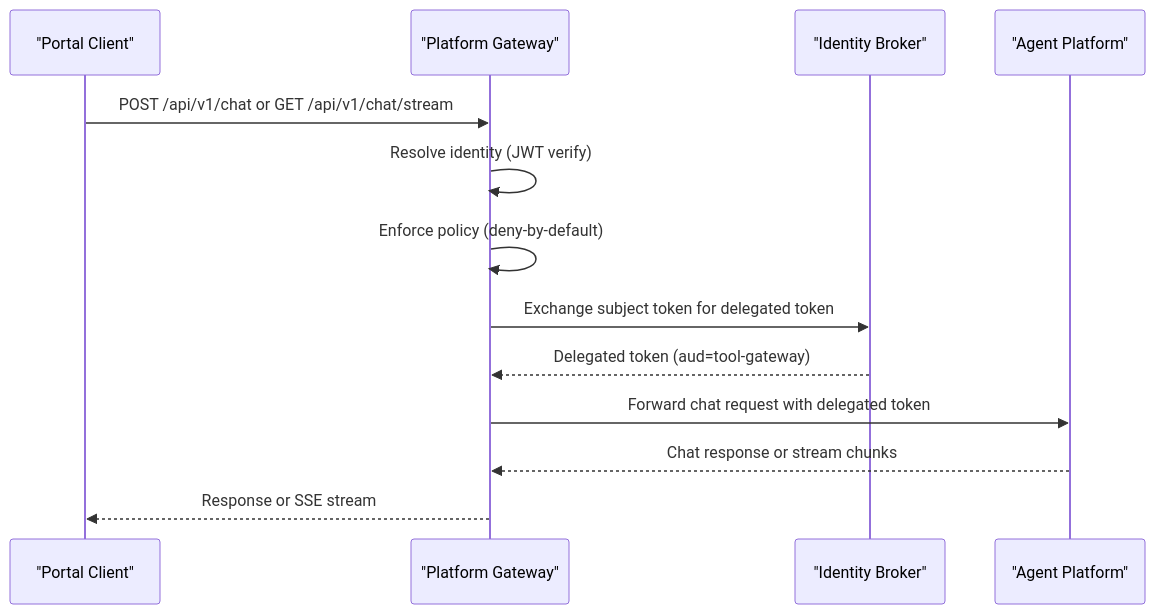
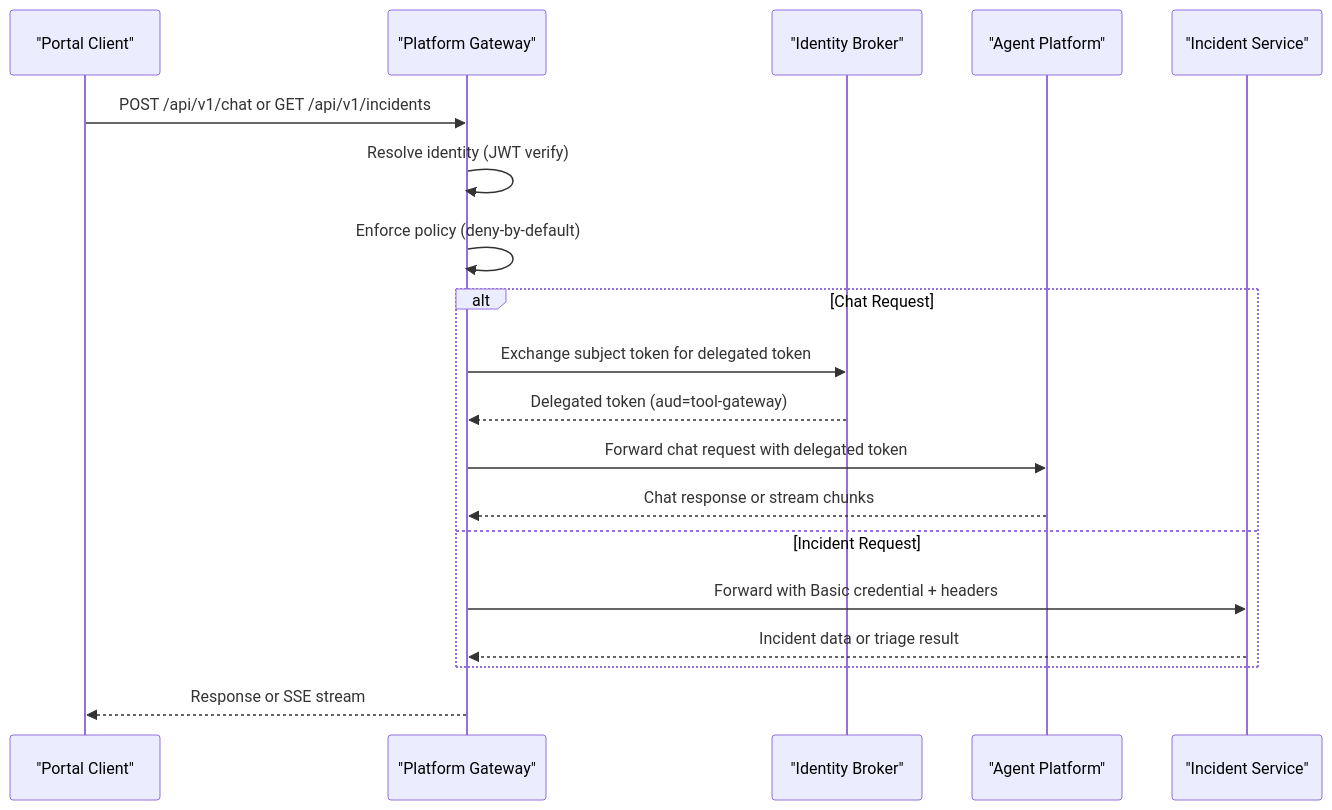
One commit to metasync/luban-aiops changed the second of 12 diagrams in .qoder/repowiki/en/content/Architecture Documentation/Platform Gateway Service.md. Above: the diagram before and after it, drawn with Mermaid. The commit also changed other lines of this file and 6 other files, not shown here.

Commit message:
docs: refresh repowiki knowledge cache for SPEC-016/017 kernel durability and incident service

````diff
--- a/.qoder/repowiki/en/content/Architecture Documentation/Platform Gateway Service.md
+++ b/.qoder/repowiki/en/content/Architecture Documentation/Platform Gateway Service.md
@@ -146,15 +169,21 @@
 ```mermaid
 sequenceDiagram
 participant Portal as "Portal Client"
 participant GW as "Platform Gateway"
 participant ID as "Identity Broker"
 participant AG as "Agent Platform"
-Portal->>GW : POST /api/v1/chat or GET /api/v1/chat/stream
+participant IS as "Incident Service"
+Portal->>GW : POST /api/v1/chat or GET /api/v1/incidents
 GW->>GW : Resolve identity (JWT verify)
 GW->>GW : Enforce policy (deny-by-default)
+alt Chat Request
 GW->>ID : Exchange subject token for delegated token
 ID-->>GW : Delegated token (aud=tool-gateway)
 GW->>AG : Forward chat request with delegated token
 AG-->>GW : Chat response or stream chunks
+else Incident Request
+GW->>IS : Forward with Basic credential + headers
+IS-->>GW : Incident data or triage result
+end
 GW-->>Portal : Response or SSE stream
 ```
````
